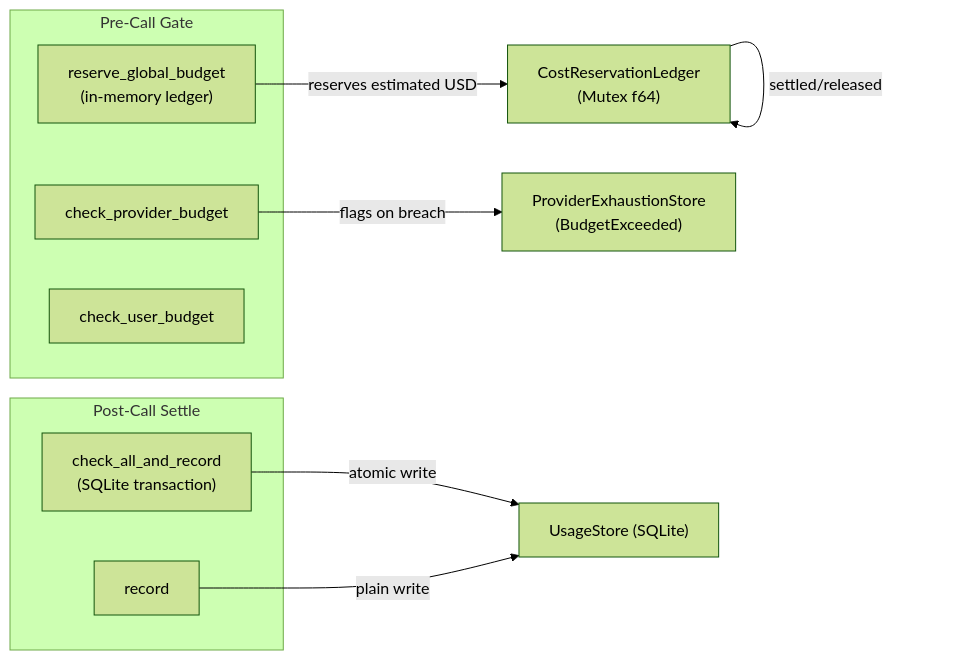
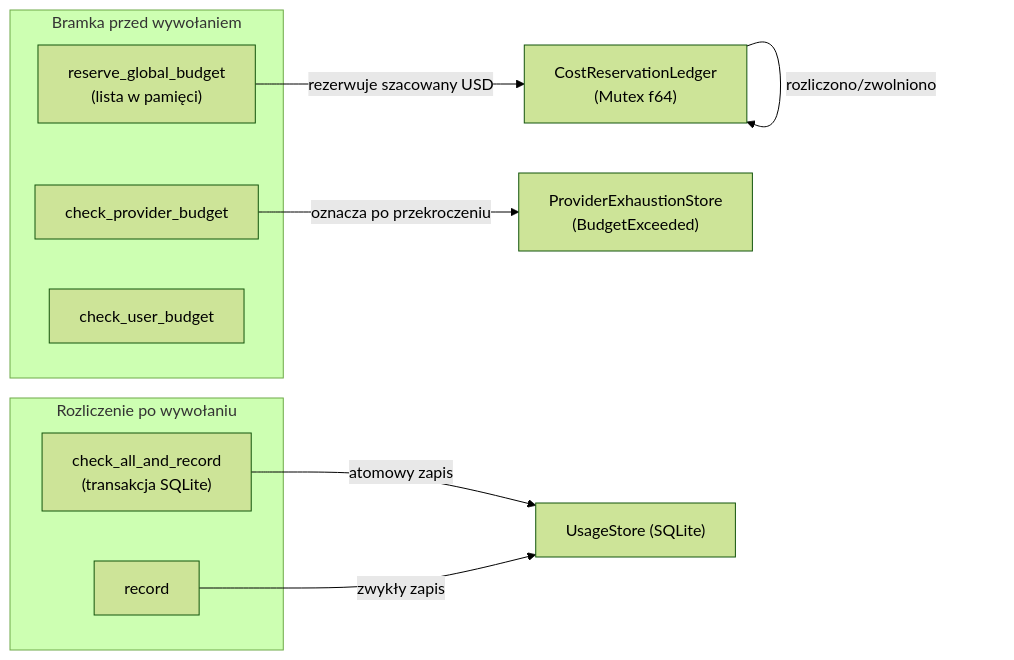
The diagram in crates-librefang-kernel-metering.md (leszek3737/librefang-WIki), drawn with Mermaid (forest theme) before and after one commit. The commit also changed other lines of this file and 104 other files, not shown here.

````diff
--- a/crates-librefang-kernel-metering.md
+++ b/crates-librefang-kernel-metering.md
@@ -9,17 +9,17 @@
 ```mermaid
 flowchart LR
-    subgraph Pre-Call Gate
-        R["reserve_global_budget<br/>(in-memory ledger)"]
+    subgraph Bramka przed wywołaniem
+        R["reserve_global_budget<br/>(lista w pamięci)"]
         CPB["check_provider_budget"]
         CUB["check_user_budget"]
     end
-    subgraph Post-Call Settle
-        CAR["check_all_and_record<br/>(SQLite transaction)"]
+    subgraph Rozliczenie po wywołaniu
+        CAR["check_all_and_record<br/>(transakcja SQLite)"]
         REC["record"]
     end
-    R -->|"reserves estimated USD"| LEDGER["CostReservationLedger<br/>(Mutex f64)"]
-    CPB -->|"flags on breach"| EXH["ProviderExhaustionStore<br/>(BudgetExceeded)"]
-    CAR -->|"atomic write"| DB["UsageStore (SQLite)"]
-    REC -->|"plain write"| DB
-    LEDGER -->|"settled/released"| LEDGER
+    R -->|"rezerwuje szacowany USD"| LEDGER["CostReservationLedger<br/>(Mutex f64)"]
+    CPB -->|"oznacza po przekroczeniu"| EXH["ProviderExhaustionStore<br/>(BudgetExceeded)"]
+    CAR -->|"atomowy zapis"| DB["UsageStore (SQLite)"]
+    REC -->|"zwykły zapis"| DB
+    LEDGER -->|"rozliczono/zwolniono"| LEDGER
 ```
````
